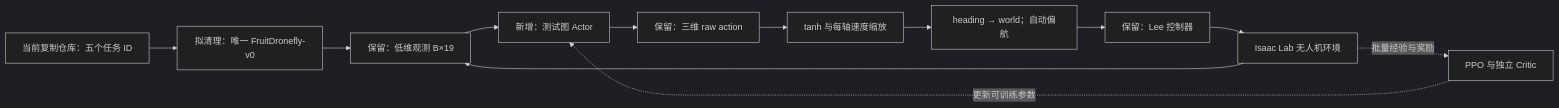
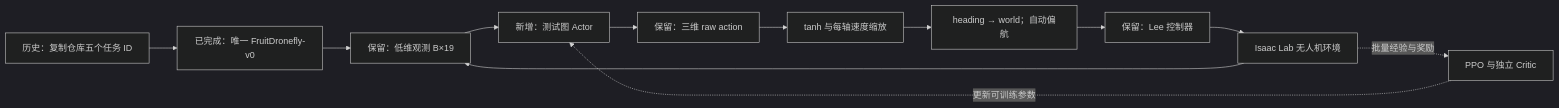
Before and after one commit to dataking-AI/fruit-Dronefly: the second of 2 diagrams in 00 改动总览.md, drawn with Mermaid (dark theme). The commit also changed other lines of this file and 13 other files, not shown here.

```diff
--- a/00 改动总览.md
+++ b/00 改动总览.md
@@ -81,14 +83,14 @@
 ~~~mermaid
 flowchart LR
-    C["当前复制仓库：五个任务 ID"] --> R["拟清理：唯一 FruitDronefly-v0"]
+    C["历史：复制仓库五个任务 ID"] --> R["已完成：唯一 FruitDronefly-v0"]
     R --> O["保留：低维观测 B×19"]
     O --> P["新增：测试图 Actor"]
     P --> A["保留：三维 raw action"]
     A --> V["tanh 与每轴速度缩放"]
     V --> H["heading → world；自动偏航"]
     H --> L["保留：Lee 控制器"]
     L --> E["Isaac Lab 无人机环境"]
     E --> O
     E -. "批量经验与奖励" .-> T["PPO 与独立 Critic"]
     T -. "更新可训练参数" .-> P
 ~~~
```
